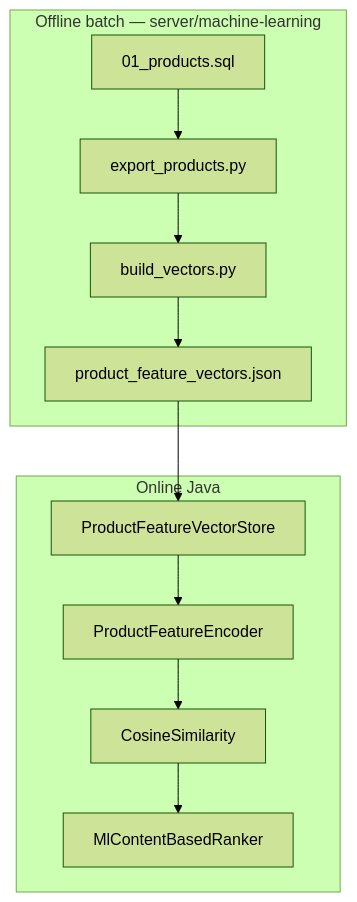
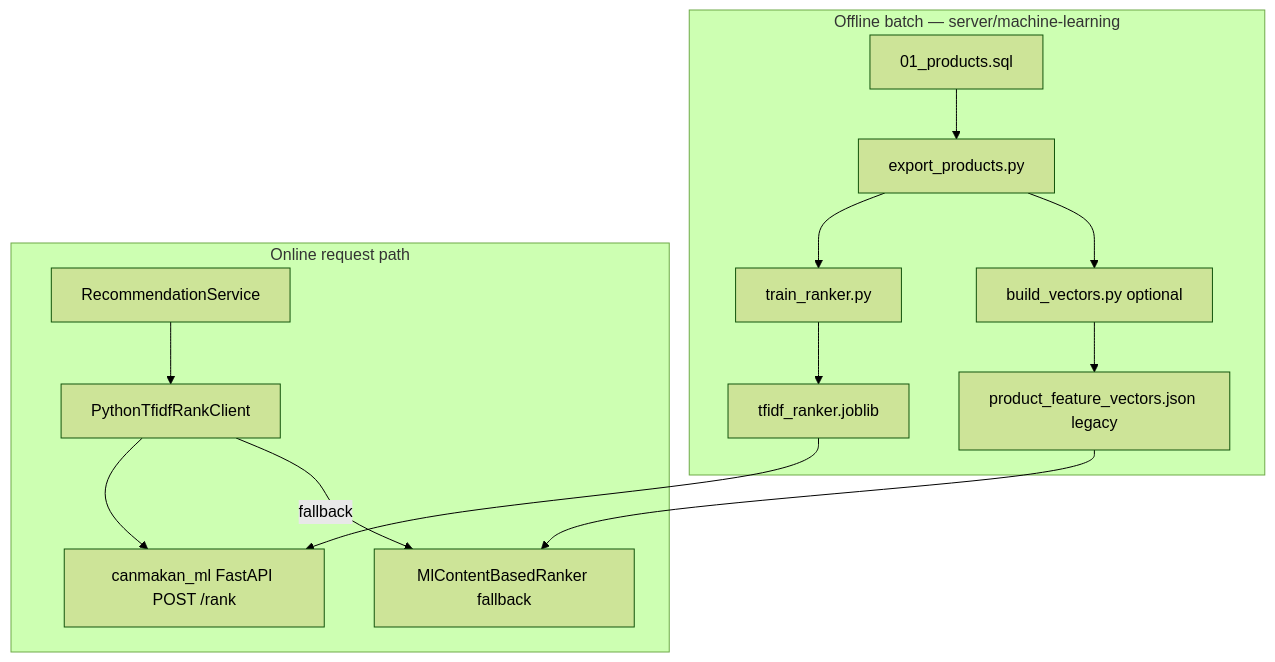
The fifth of 5 diagrams in docs/architecture/uc5-alternative-recommender.md (CanMakan-Team/CanMakan), drawn with Mermaid (forest theme) before and after one commit. The commit also changed other lines of this file, not shown here.

First line of the commit message:
update architecture markdown for UC5

````diff
--- a/docs/architecture/uc5-alternative-recommender.md
+++ b/docs/architecture/uc5-alternative-recommender.md
@@ -256,21 +282,25 @@
 ```mermaid
 flowchart TB
   subgraph offline [Offline batch — server/machine-learning]
     SQL[01_products.sql]
     Export[export_products.py]
-    Build[build_vectors.py]
-    Artifact[product_feature_vectors.json]
-    SQL --> Export --> Build --> Artifact
+    Train[train_ranker.py]
+    Joblib[tfidf_ranker.joblib]
+    Legacy[build_vectors.py optional]
+    Vectors[product_feature_vectors.json legacy]
+    SQL --> Export --> Train --> Joblib
+    Export --> Legacy --> Vectors
   end
 
-  subgraph online [Online Java]
-    Store[ProductFeatureVectorStore]
-    Encoder[ProductFeatureEncoder]
-    Cosine[CosineSimilarity]
-    Ranker[MlContentBasedRanker]
-    Artifact --> Store
-    Store --> Encoder
-    Encoder --> Cosine
-    Cosine --> Ranker
+  subgraph online [Online request path]
+    Svc[RecommendationService]
+    PyClient[PythonTfidfRankClient]
+    PyAPI[canmakan_ml FastAPI POST /rank]
+    JavaRank[MlContentBasedRanker fallback]
+    Joblib --> PyAPI
+    Svc --> PyClient
+    PyClient --> PyAPI
+    PyClient -->|fallback| JavaRank
+    Vectors --> JavaRank
   end
 ```
````
